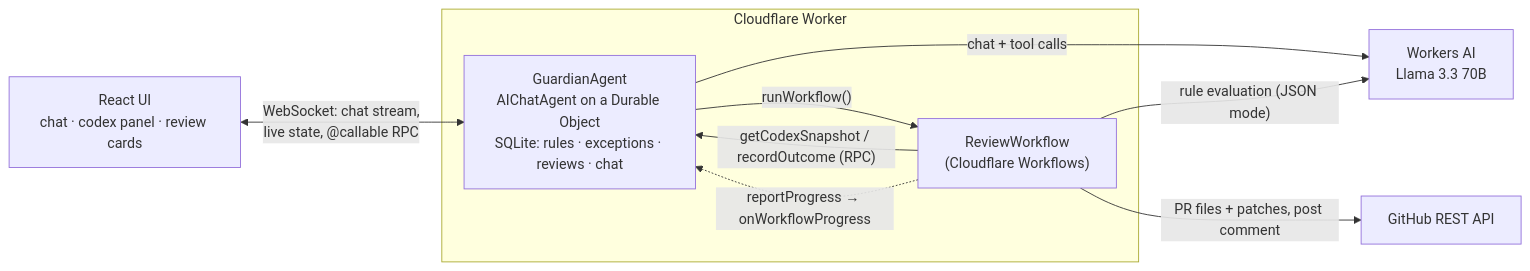
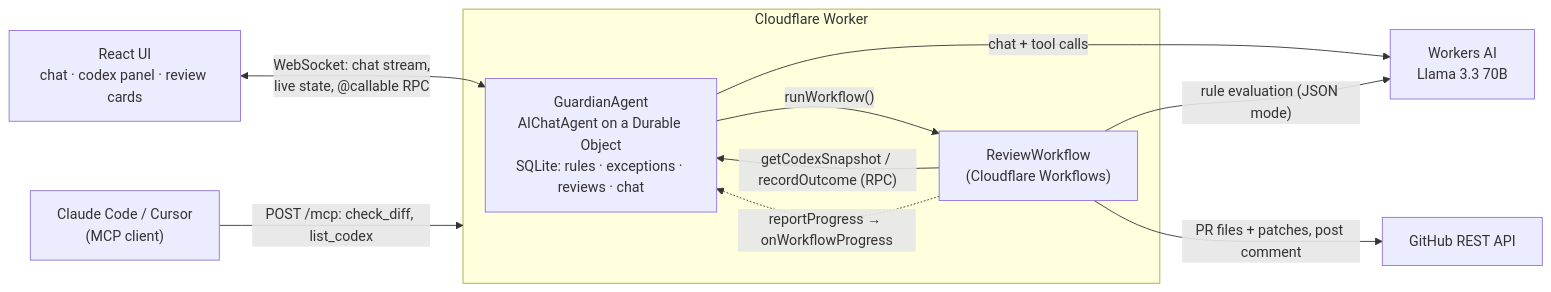
Before and after one commit to sayyedarib/cf_ai_codex_guardian: the diagram in README.md, drawn with Mermaid. The commit also changed other lines of this file and 21 other files, not shown here.

First line of the commit message:
Add MCP server for diff checks and a labelled eval set

````diff
--- a/README.md
+++ b/README.md
@@ -23,18 +23,20 @@
 ```mermaid
 flowchart LR
   UI["React UI<br/>chat · codex panel · review cards"]
+  IDE["Claude Code / Cursor<br/>(MCP client)"]
   subgraph Worker["Cloudflare Worker"]
     Agent["GuardianAgent<br/>AIChatAgent on a Durable Object<br/>SQLite: rules · exceptions · reviews · chat"]
     WF["ReviewWorkflow<br/>(Cloudflare Workflows)"]
   end
   AI["Workers AI<br/>Llama 3.3 70B"]
   GH["GitHub REST API"]
 
   UI <-->|"WebSocket: chat stream,<br/>live state, @callable RPC"| Agent
   Agent -->|"chat + tool calls"| AI
   Agent -->|"runWorkflow()"| WF
   WF -->|"getCodexSnapshot / recordOutcome (RPC)"| Agent
   WF -.->|"reportProgress → onWorkflowProgress"| Agent
   WF -->|"rule evaluation (JSON mode)"| AI
   WF -->|"PR files + patches, post comment"| GH
+  IDE -->|"POST /mcp: check_diff, list_codex"| Worker
 ```
````
